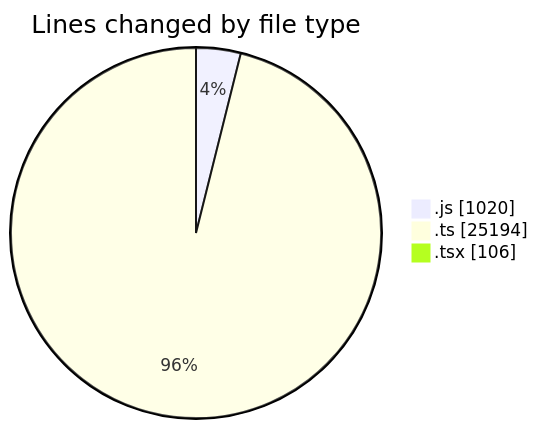
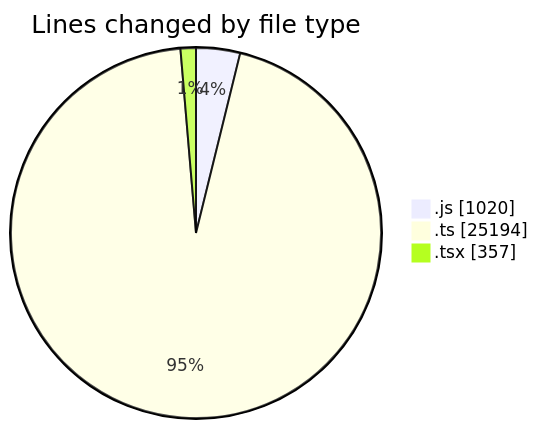
Before and after one commit to momahboobian/code-tracking: the first of 2 diagrams in 2026-01-15/cda/README.md, drawn with Mermaid. The commit also changed other lines of this file and 1 other file, not shown here.

````diff
--- a/2026-01-15/cda/README.md
+++ b/2026-01-15/cda/README.md
@@ -28,7 +29,7 @@
 ```mermaid
 pie showData
 title Lines changed by file type
 ".js" : 1020
 ".ts" : 25194
-".tsx" : 106
+".tsx" : 357
 ```
````
